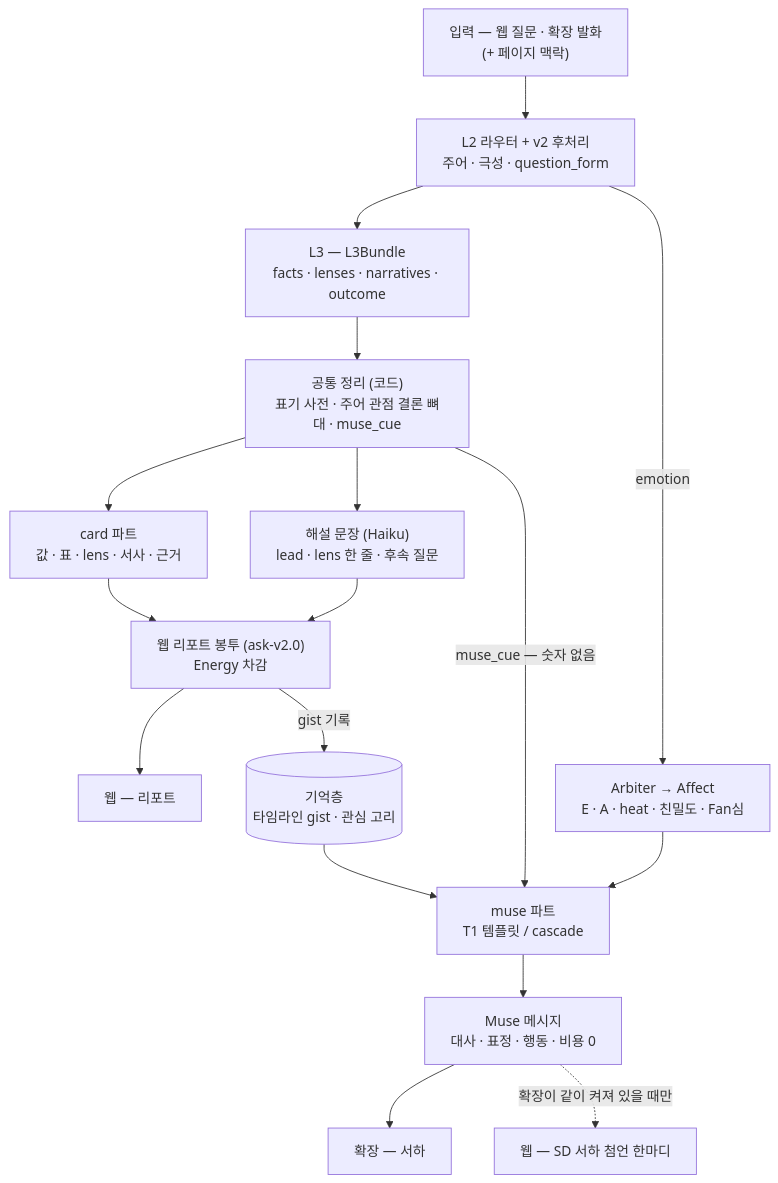
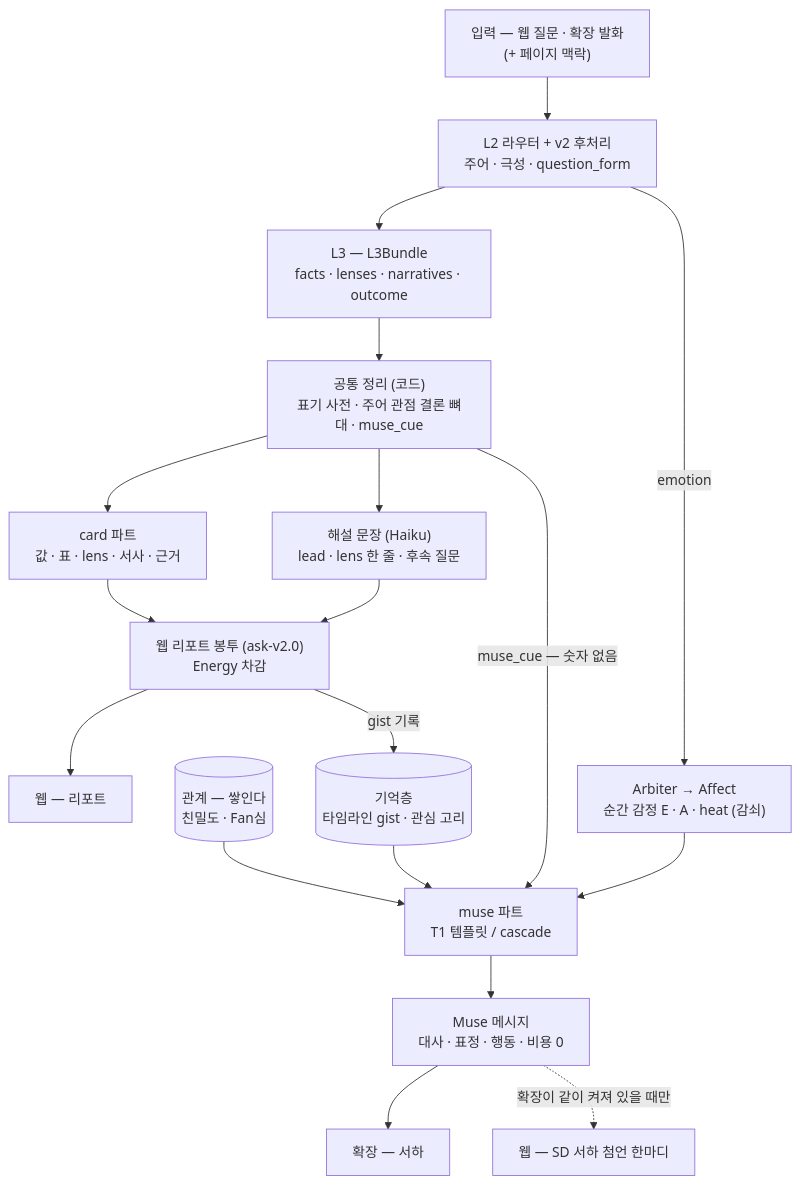
The diagram in docs/06-channels-and-muse.md (zzunlsj/rorr-layer-core), drawn with Mermaid before and after one commit. The commit also changed other lines of this file and 3 other files, not shown here.

````diff
--- a/docs/06-channels-and-muse.md
+++ b/docs/06-channels-and-muse.md
@@ -61,19 +61,20 @@
 ```mermaid
 flowchart TD
     IN["입력 — 웹 질문 · 확장 발화<br>(+ 페이지 맥락)"] --> L2["L2 라우터 + v2 후처리<br>주어 · 극성 · question_form"]
     L2 --> L3["L3 — L3Bundle<br>facts · lenses · narratives · outcome"]
-    L2 -->|emotion| AR["Arbiter → Affect<br>E · A · heat · 친밀도 · Fan심"]
+    L2 -->|emotion| AR["Arbiter → Affect<br>순간 감정 E · A · heat (감쇠)"]
+    REL[("관계 — 쌓인다<br>친밀도 · Fan심")] --> MUSE
     L3 --> NORM["공통 정리 (코드)<br>표기 사전 · 주어 관점 결론 뼈대 · muse_cue"]
     NORM --> CARD["card 파트<br>값 · 표 · lens · 서사 · 근거"]
     NORM --> EXPL["해설 문장 (Haiku)<br>lead · lens 한 줄 · 후속 질문"]
     NORM -->|"muse_cue — 숫자 없음"| MUSE["muse 파트<br>T1 템플릿 / cascade"]
     AR --> MUSE
     MEM[("기억층<br>타임라인 gist · 관심 고리")] --> MUSE
     CARD --> RENV["웹 리포트 봉투 (ask-v2.0)<br>Energy 차감"]
     EXPL --> RENV
     RENV --> WEB["웹 — 리포트"]
     MUSE --> MENV["Muse 메시지<br>대사 · 표정 · 행동 · 비용 0"]
     MENV --> EXT["확장 — 서하"]
     MENV -.->|"확장이 같이 켜져 있을 때만"| SD["웹 — SD 서하 첨언 한마디"]
     RENV -->|gist 기록| MEM
 ```
````
